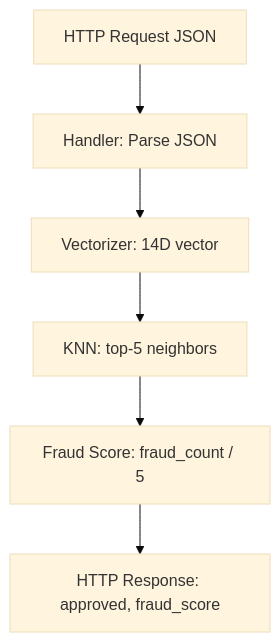
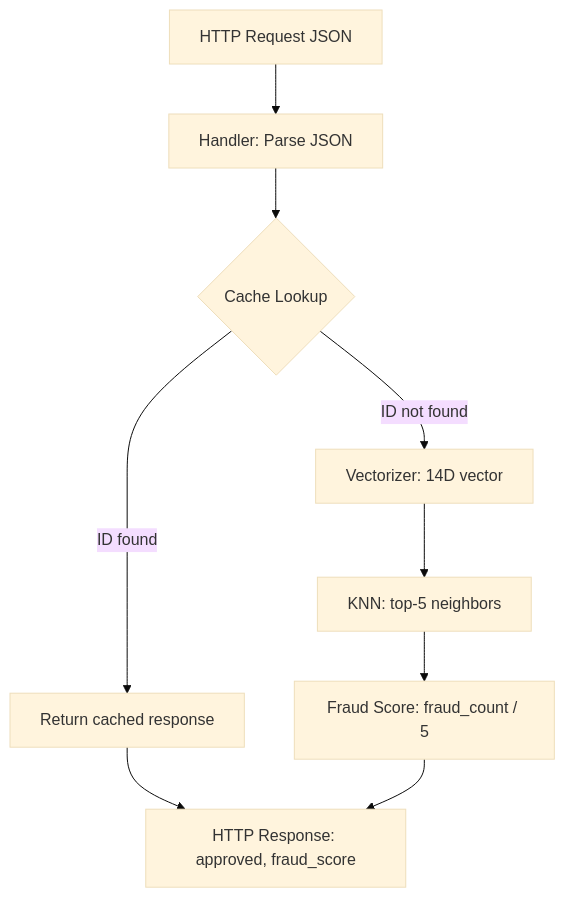
Before and after one commit to fabianoflorentino/fraudctl: the diagram in README.md, drawn with Mermaid (base theme). The commit also changed other lines of this file and 1 other file, not shown here.

First line of the commit message:
docs: update README and PROJECT_PLAN with cache optimization results

````diff
--- a/README.md
+++ b/README.md
@@ -73,8 +73,11 @@
 ```mermaid
 flowchart TD
   A[HTTP Request JSON] --> B[Handler: Parse JSON]
-  B --> C[Vectorizer: 14D vector]
-  C --> D[KNN: top-5 neighbors]
-  D --> E[Fraud Score: fraud_count / 5]
-  E --> F[HTTP Response: approved, fraud_score]
+  B --> C{Cache Lookup}
+  C -->|ID found| D[Return cached response]
+  C -->|ID not found| E[Vectorizer: 14D vector]
+  E --> F[KNN: top-5 neighbors]
+  F --> G[Fraud Score: fraud_count / 5]
+  D --> H[HTTP Response: approved, fraud_score]
+  G --> H
 ```
````
